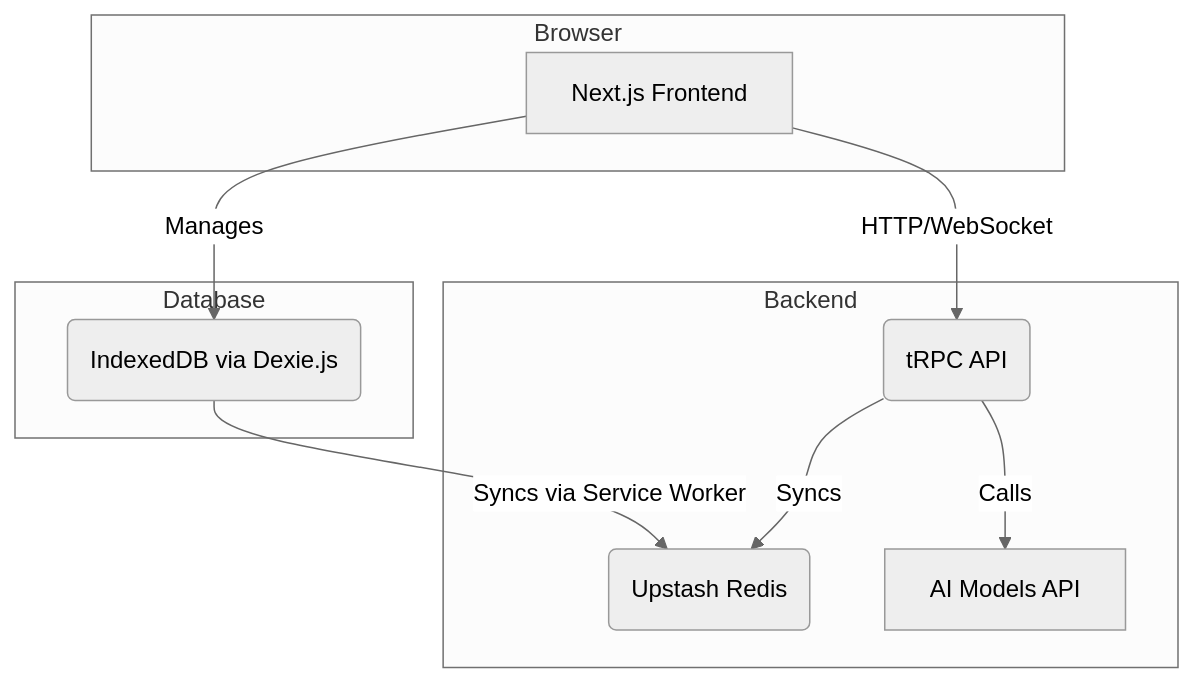
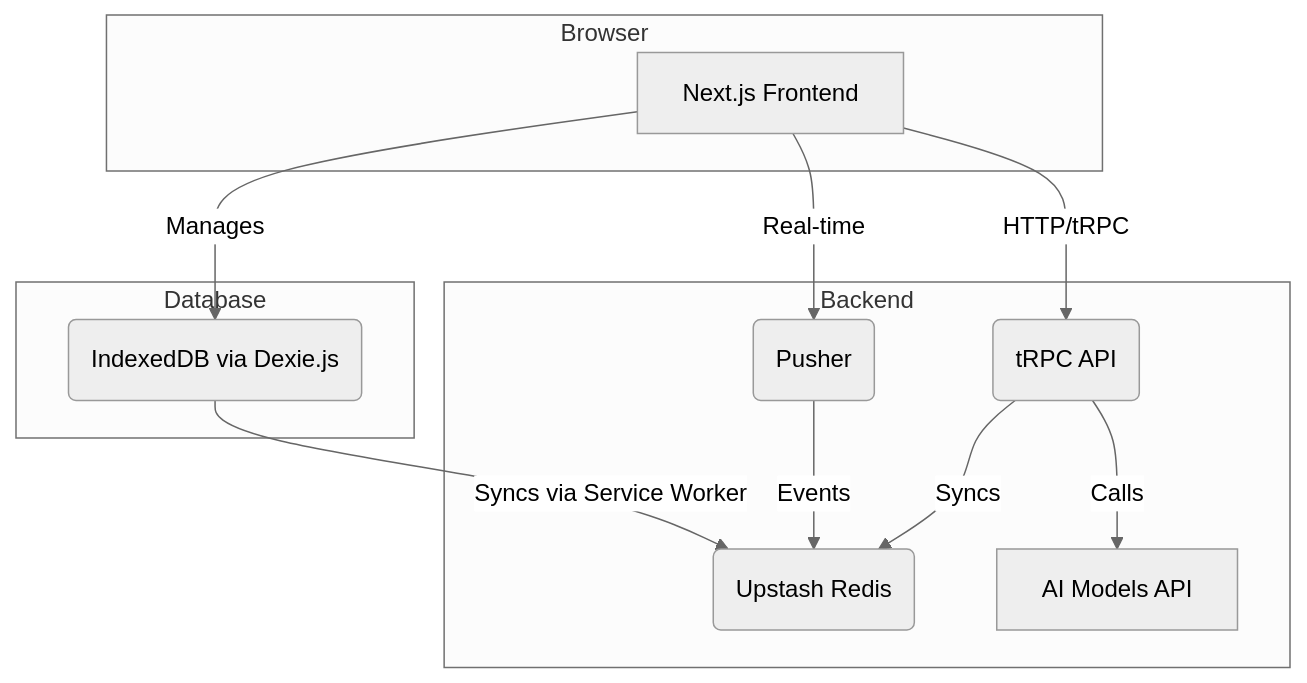
The diagram in docs/project/ARCHITECTURE.md (Mikebrown0409/GlassChat), drawn with Mermaid (neutral theme) before and after one commit. The commit also changed other lines of this file and 28 other files, not shown here.

````diff
--- a/docs/project/ARCHITECTURE.md
+++ b/docs/project/ARCHITECTURE.md
@@ -7,22 +7,25 @@
 ```mermaid
 graph TD
     subgraph Browser
         A[Next.js Frontend]
     end
 
     subgraph Backend
         B(tRPC API)
         C(Upstash Redis)
         D[AI Models API]
+        E(Pusher)
     end
 
     subgraph Database
-        E(IndexedDB via Dexie.js)
+        F(IndexedDB via Dexie.js)
     end
 
-    A -- HTTP/WebSocket --> B
-    A -- Manages --> E
+    A -- HTTP/tRPC --> B
+    A -- Real-time --> E
+    A -- Manages --> F
     B -- Syncs --> C
     B -- Calls --> D
-    E -- Syncs via Service Worker --> C
+    E -- Events --> C
+    F -- Syncs via Service Worker --> C
 ```
````
